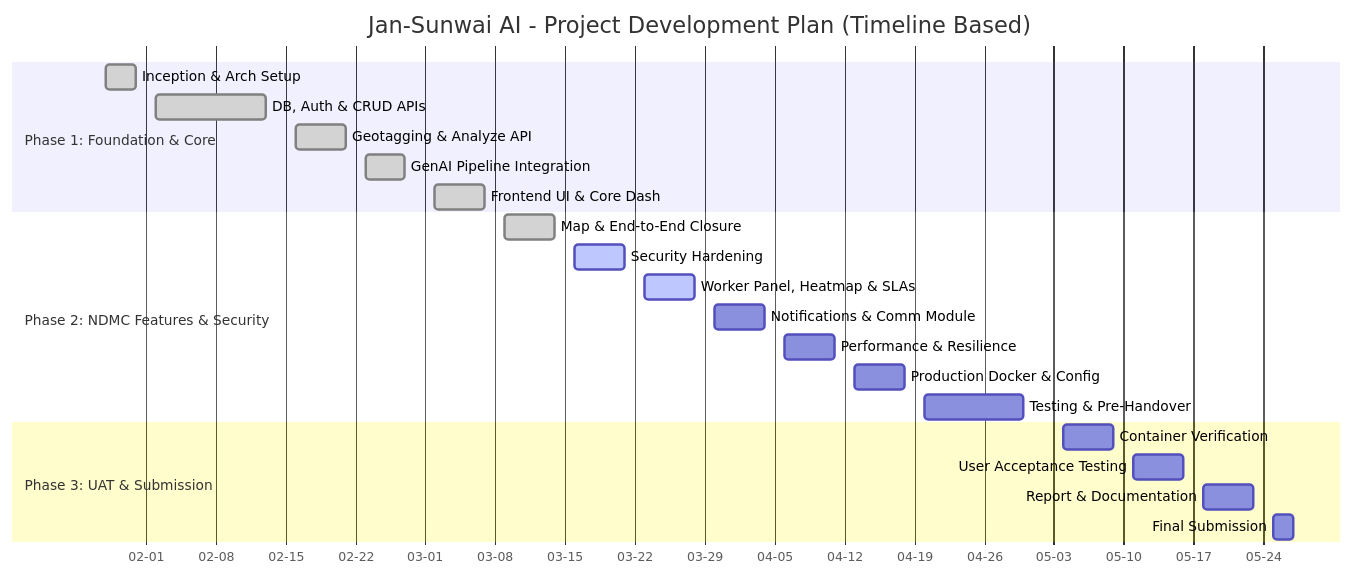
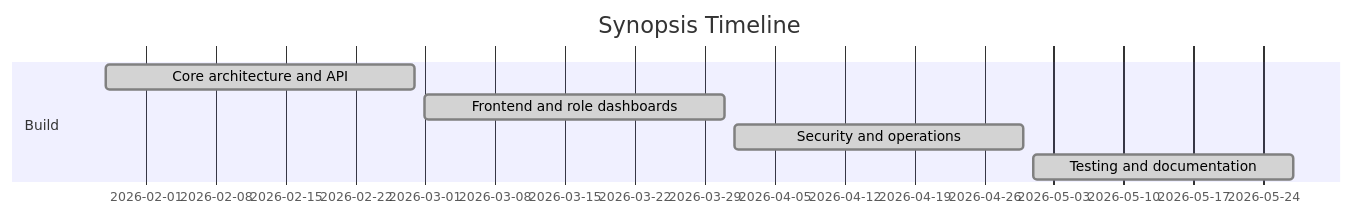
One commit to ark5234/Jan-Sunwai-AI changed the second of 2 diagrams in docs/reports/PROJECT_SYNOPSIS.md. Above: the diagram before and after it, drawn with Mermaid. The commit also changed other lines of this file and 13 other files, not shown here.

Commit message:
Refactor documentation in reports folder: Update README.md, SCHEMA_DESIGN.md, and SYSTEM_ARCHITECTURE.md for clarity and consistency. Enhance descriptions, add new sections, and improve formatting. Last updated date standardized to 2026-04-06.

````diff
--- a/docs/reports/PROJECT_SYNOPSIS.md
+++ b/docs/reports/PROJECT_SYNOPSIS.md
@@ -129,28 +81,11 @@
 ```mermaid
 gantt
-    title Jan-Sunwai AI - Project Development Plan (Timeline Based)
+    title Synopsis Timeline
     dateFormat  YYYY-MM-DD
-    axisFormat  %m-%d
 
-    section Phase 1: Foundation & Core
-    Inception & Arch Setup      :done, ph1a, 2026-01-28, 2026-01-31
-    DB, Auth & CRUD APIs        :done, ph1b, 2026-02-02, 2026-02-13
-    Geotagging & Analyze API    :done, ph1c, 2026-02-16, 2026-02-21
-    GenAI Pipeline Integration  :done, ph1d, 2026-02-23, 2026-02-27
-    Frontend UI & Core Dash     :done, ph1e, 2026-03-02, 2026-03-07
-
-    section Phase 2: NDMC Features & Security
-    Map & End-to-End Closure    :done, ph2a, 2026-03-09, 2026-03-14
-    Security Hardening          :active, ph2b, 2026-03-16, 2026-03-21
-    Worker Panel, Heatmap & SLAs:active, ph2c, 2026-03-23, 2026-03-28
-    Notifications & Comm Module :ph2d, 2026-03-30, 2026-04-04
-    Performance & Resilience    :ph2e, 2026-04-06, 2026-04-11
-    Production Docker & Config  :ph2f, 2026-04-13, 2026-04-18
-    Testing & Pre-Handover      :ph2g, 2026-04-20, 2026-04-30
-
-    section Phase 3: UAT & Submission
-    Container Verification      :ph3a, 2026-05-04, 2026-05-09
-    User Acceptance Testing     :ph3b, 2026-05-11, 2026-05-16
-    Report & Documentation      :ph3c, 2026-05-18, 2026-05-23
-    Final Submission            :ph3d, 2026-05-25, 2026-05-27
+    section Build
+    Core architecture and API         :done, s1, 2026-01-28, 2026-02-28
+    Frontend and role dashboards      :done, s2, 2026-03-01, 2026-03-31
+    Security and operations           :done, s3, 2026-04-01, 2026-04-30
+    Testing and documentation         :done, s4, 2026-05-01, 2026-05-27
 ```
````
